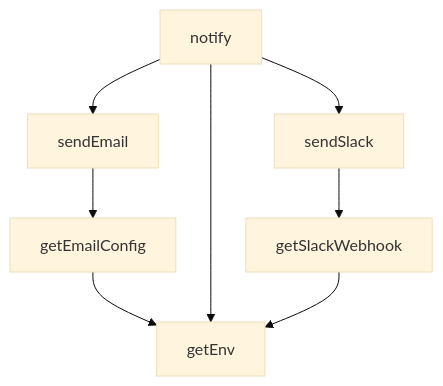
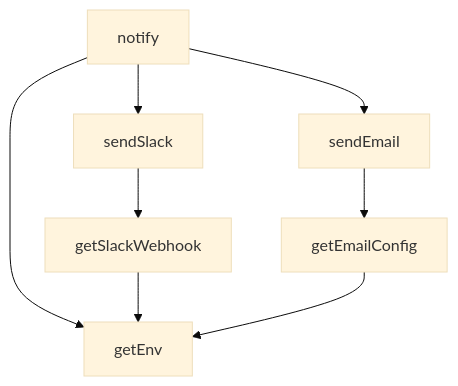
One commit to peckop/venthub-hvac-esite changed the tenth of 14 diagrams in docs/supabase_functions_master.md. Above: the diagram before and after it, drawn with Mermaid (base theme). The commit also changed other lines of this file and 80 other files, not shown here.

````diff
--- a/docs/supabase_functions_master.md
+++ b/docs/supabase_functions_master.md
@@ -4686,16 +4651,16 @@
 ```mermaid
 graph TD
     notify_ts__getEmailConfig["getEmailConfig"]
     notify_ts__getEnv["getEnv"]
     notify_ts__getSlackWebhook["getSlackWebhook"]
     notify_ts__notify["notify"]
     notify_ts__sendEmail["sendEmail"]
     notify_ts__sendSlack["sendSlack"]
+    notify_ts__notify --> notify_ts__getEnv
+    notify_ts__getSlackWebhook --> notify_ts__getEnv
     notify_ts__getEmailConfig --> notify_ts__getEnv
-    notify_ts__notify --> notify_ts__getEnv
+    notify_ts__sendEmail --> notify_ts__getEmailConfig
     notify_ts__notify --> notify_ts__sendSlack
+    notify_ts__notify --> notify_ts__sendEmail
     notify_ts__sendSlack --> notify_ts__getSlackWebhook
-    notify_ts__sendEmail --> notify_ts__getEmailConfig
-    notify_ts__getSlackWebhook --> notify_ts__getEnv
-    notify_ts__notify --> notify_ts__sendEmail
 ```
````
